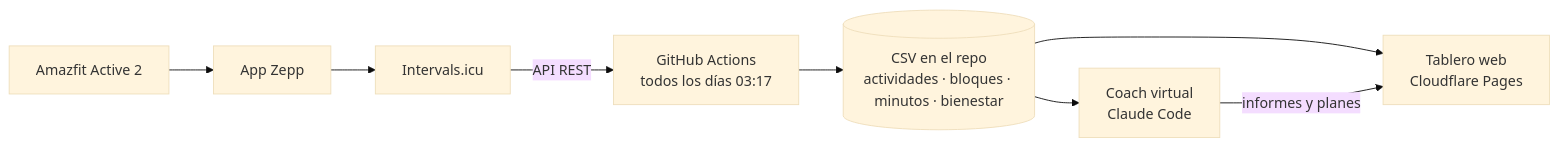
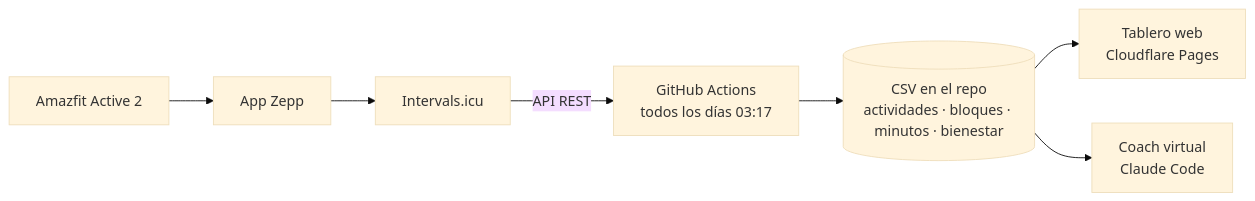
The diagram in README.md (jpzingoni/stats-training), drawn with Mermaid (base theme) before and after one commit. The commit also changed other lines of this file and 68 other files, not shown here.

````diff
--- a/README.md
+++ b/README.md
@@ -11,10 +9,9 @@
 ```mermaid
 flowchart LR
     A[Amazfit Active 2] --> B[App Zepp]
     B --> C[Intervals.icu]
     C -- API REST --> D[GitHub Actions<br/>todos los días 03:17]
     D --> E[(CSV en el repo<br/>actividades · bloques · minutos · bienestar)]
     E --> F[Tablero web<br/>Cloudflare Pages]
     E --> G[Coach virtual<br/>Claude Code]
-    G -- informes y planes --> F
 ```
````
